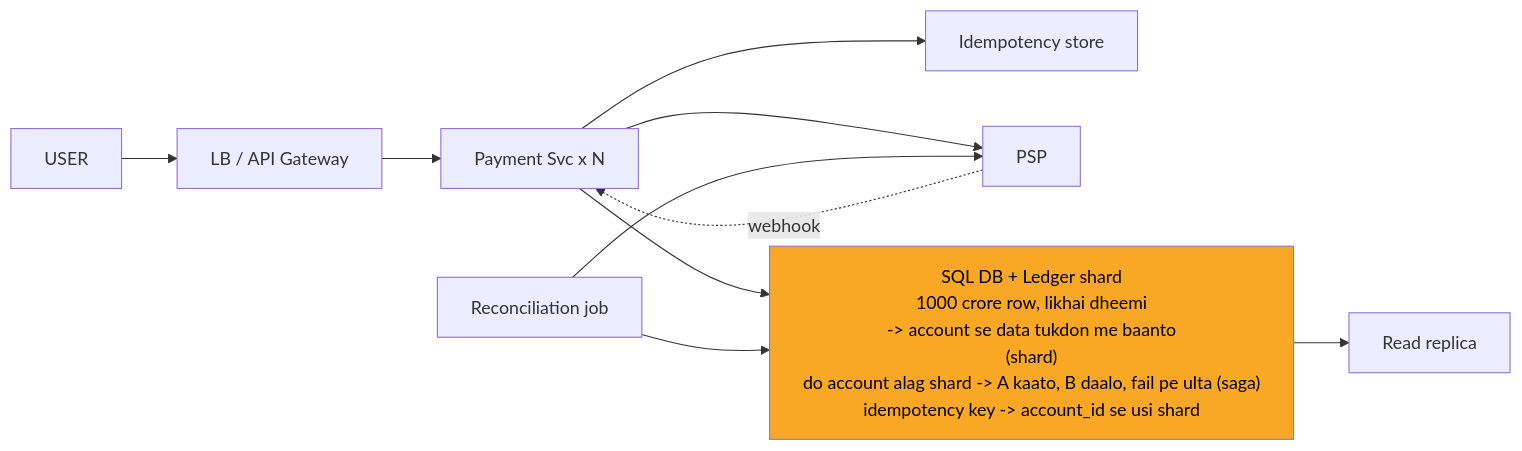
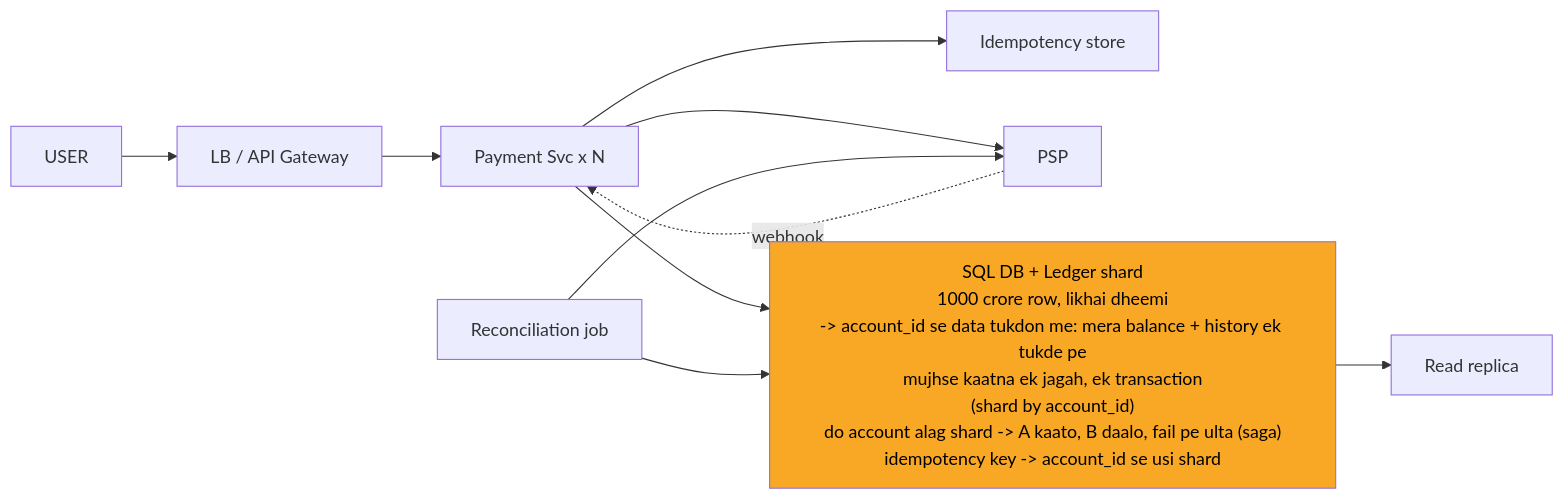
One commit to ArpanMaheshwari144/Prep changed diagram 11 of 12 in 04_HLD/SYSTEM_DESIGNS/06_payment_system/06_payment_system.md. Above: the diagram before and after it, drawn with Mermaid. The commit also changed other lines of this file and 13 other files, not shown here.

````diff
--- a/04_HLD/SYSTEM_DESIGNS/06_payment_system/06_payment_system.md
+++ b/04_HLD/SYSTEM_DESIGNS/06_payment_system/06_payment_system.md
@@ -470,22 +473,22 @@
 ```mermaid
 %%{init: {"flowchart": {"wrappingWidth": 450}}}%%
 flowchart LR
     n_USER["USER"]
     n_LB_API_Gateway["LB / API Gateway"]
     n_Payment_Svc_xN["Payment Svc x N"]
     n_Idempotency_store["Idempotency store"]
     n_PSP["PSP"]
-    n_SQL_DB_shard_by_account_id["SQL DB + Ledger shard<br/>1000 crore row, likhai dheemi<br/>-> account se data tukdon me baanto<br/>(shard)<br/>do account alag shard -> A kaato, B daalo, fail pe ulta (saga)<br/>idempotency key -> account_id se usi shard"]
+    n_SQL_DB_shard_by_account_id["SQL DB + Ledger shard<br/>1000 crore row, likhai dheemi<br/>-> account_id se data tukdon me: mera balance + history ek tukde pe<br/>mujhse kaatna ek jagah, ek transaction<br/>(shard by account_id)<br/>do account alag shard -> A kaato, B daalo, fail pe ulta (saga)<br/>idempotency key -> account_id se usi shard"]
     n_Read_replica["Read replica"]
     n_Reconciliation_job["Reconciliation job"]
     n_USER --> n_LB_API_Gateway
     n_LB_API_Gateway --> n_Payment_Svc_xN
     n_Payment_Svc_xN --> n_Idempotency_store
     n_Payment_Svc_xN --> n_PSP
     n_Payment_Svc_xN --> n_SQL_DB_shard_by_account_id
     n_SQL_DB_shard_by_account_id --> n_Read_replica
     n_Reconciliation_job --> n_SQL_DB_shard_by_account_id
     n_Reconciliation_job --> n_PSP
     n_PSP -.->|webhook| n_Payment_Svc_xN
     style n_SQL_DB_shard_by_account_id fill:#f9a825,color:#000
 ```
````
